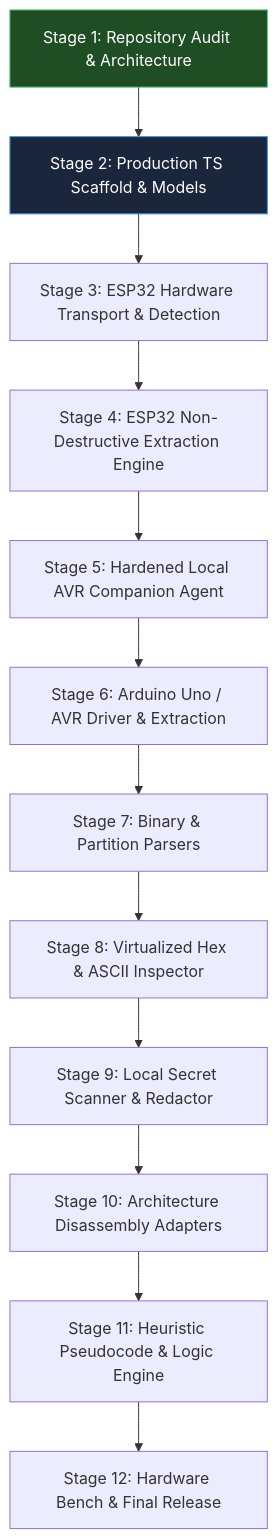
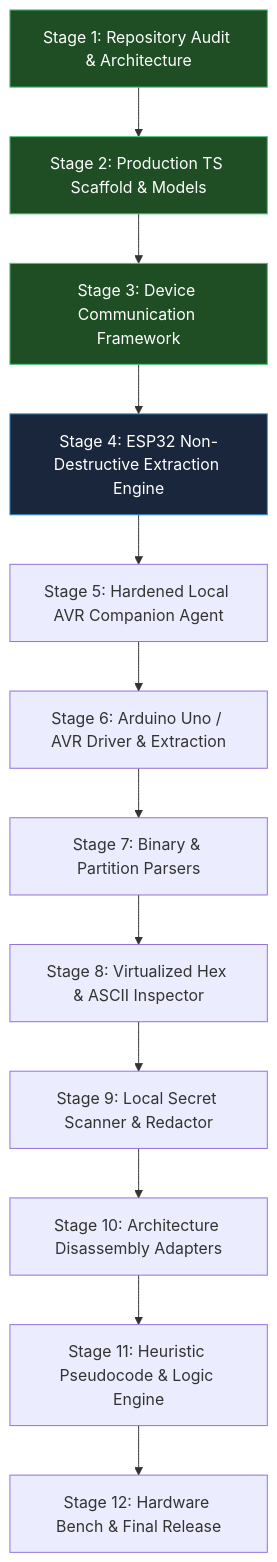
The diagram in docs/progress.md (sfelixandrew/MICROCODE), drawn with Mermaid before and after one commit. The commit also changed other lines of this file and 25 other files, not shown here.

Commit message:
feat(stage-3): implement typed device communication framework, connection state machine, mock adapter, and safety tests

````diff
--- a/docs/progress.md
+++ b/docs/progress.md
@@ -5,17 +5,19 @@
 ```mermaid
 flowchart TD
     S1["Stage 1: Repository Audit & Architecture"] --> S2["Stage 2: Production TS Scaffold & Models"]
-    S2 --> S3["Stage 3: ESP32 Hardware Transport & Detection"]
+    S2 --> S3["Stage 3: Device Communication Framework"]
     S3 --> S4["Stage 4: ESP32 Non-Destructive Extraction Engine"]
     S4 --> S5["Stage 5: Hardened Local AVR Companion Agent"]
     S5 --> S6["Stage 6: Arduino Uno / AVR Driver & Extraction"]
     S6 --> S7["Stage 7: Binary & Partition Parsers"]
     S7 --> S8["Stage 8: Virtualized Hex & ASCII Inspector"]
     S8 --> S9["Stage 9: Local Secret Scanner & Redactor"]
     S9 --> S10["Stage 10: Architecture Disassembly Adapters"]
     S10 --> S11["Stage 11: Heuristic Pseudocode & Logic Engine"]
     S11 --> S12["Stage 12: Hardware Bench & Final Release"]
 
     style S1 fill:#1f4e24,stroke:#48c774,color:#fff
-    style S2 fill:#1a263b,stroke:#3298dc,color:#fff
+    style S2 fill:#1f4e24,stroke:#48c774,color:#fff
+    style S3 fill:#1f4e24,stroke:#48c774,color:#fff
+    style S4 fill:#1a263b,stroke:#3298dc,color:#fff
 ```
````
